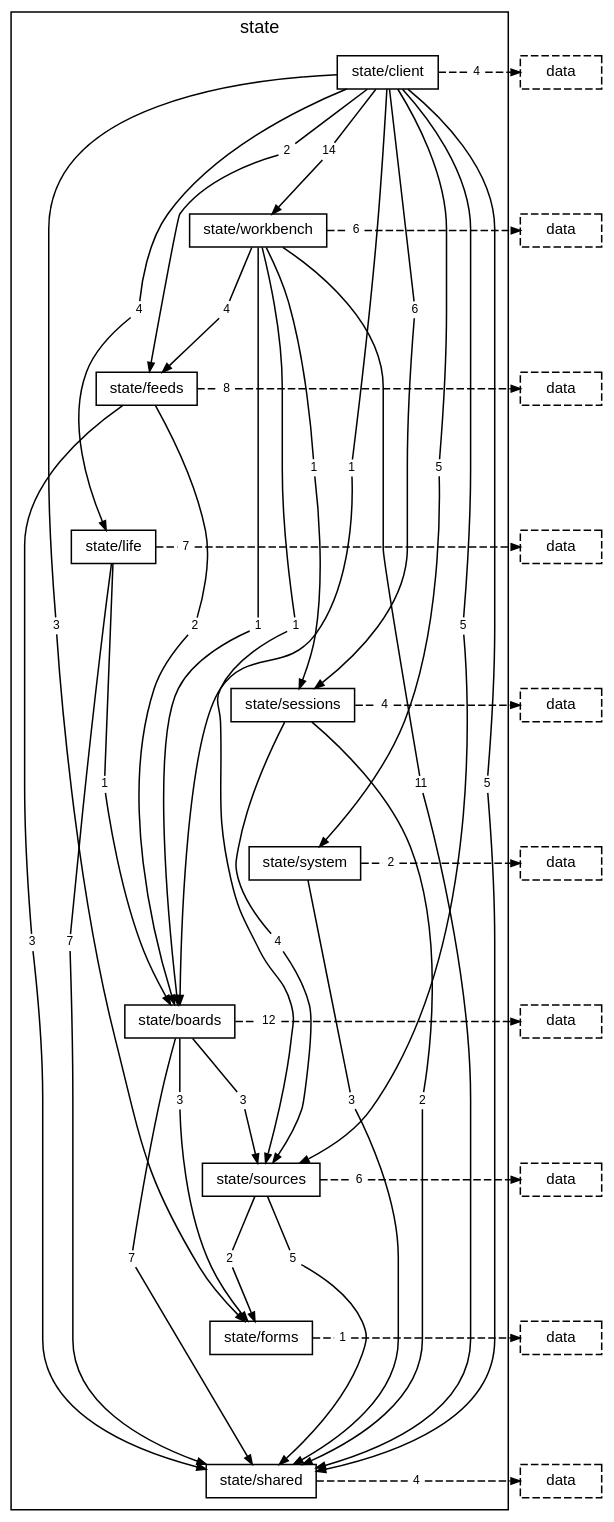
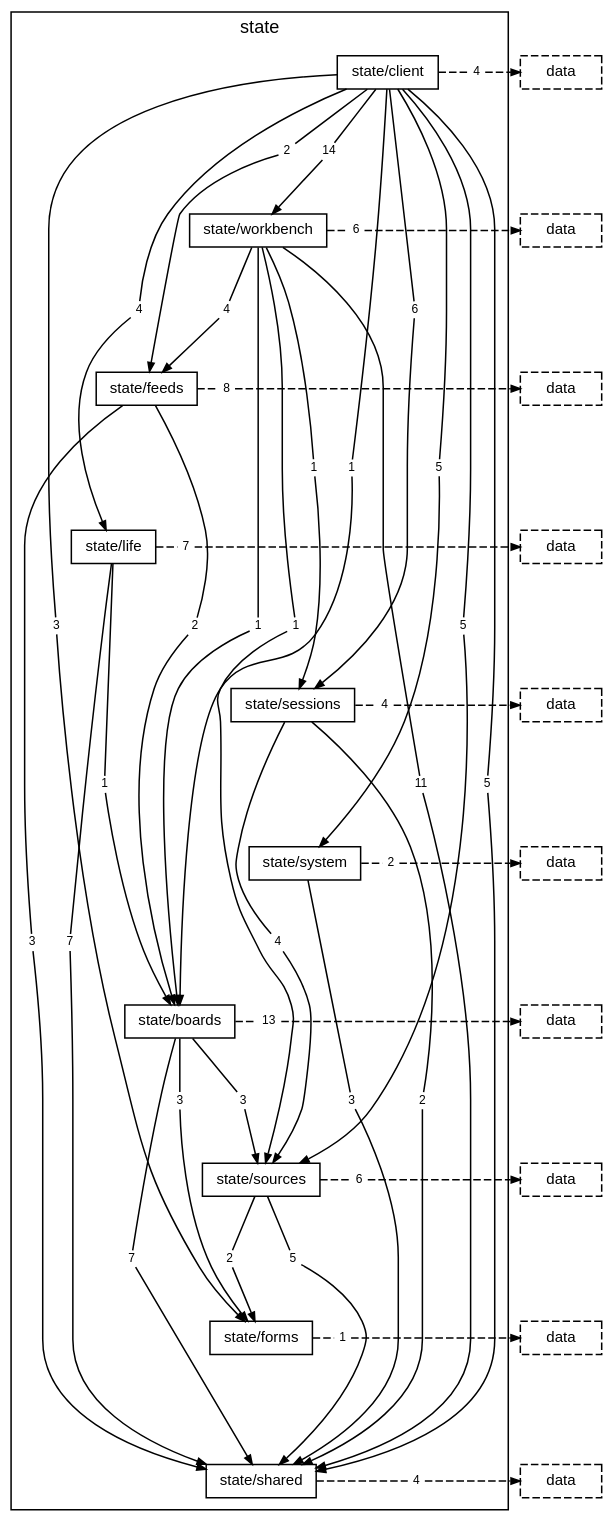
Before and after one commit to TheAxeC/oculus: the diagram in docs/diagrams/layer-state.dot, drawn with Graphviz. The commit also changed 16 other files, not shown here.

```diff
--- a/docs/diagrams/layer-state.dot
+++ b/docs/diagrams/layer-state.dot
@@ -44,7 +44,7 @@
         "folder state/boards to folder state/forms" [label="3", shape=box, color="transparent", fontsize=8, width=0, height=0, margin="0.04,0.02"];
         "folder state/boards to folder state/shared" [label="7", shape=box, color="transparent", fontsize=8, width=0, height=0, margin="0.04,0.02"];
         "folder state/boards to folder state/sources" [label="3", shape=box, color="transparent", fontsize=8, width=0, height=0, margin="0.04,0.02"];
-        "folder state/boards to layer data" [label="12", shape=box, color="transparent", fontsize=8, width=0, height=0, margin="0.04,0.02"];
+        "folder state/boards to layer data" [label="13", shape=box, color="transparent", fontsize=8, width=0, height=0, margin="0.04,0.02"];
         "folder state/sources to folder state/forms" [label="2", shape=box, color="transparent", fontsize=8, width=0, height=0, margin="0.04,0.02"];
         "folder state/sources to folder state/shared" [label="5", shape=box, color="transparent", fontsize=8, width=0, height=0, margin="0.04,0.02"];
         "folder state/sources to layer data" [label="6", shape=box, color="transparent", fontsize=8, width=0, height=0, margin="0.04,0.02"];
```
